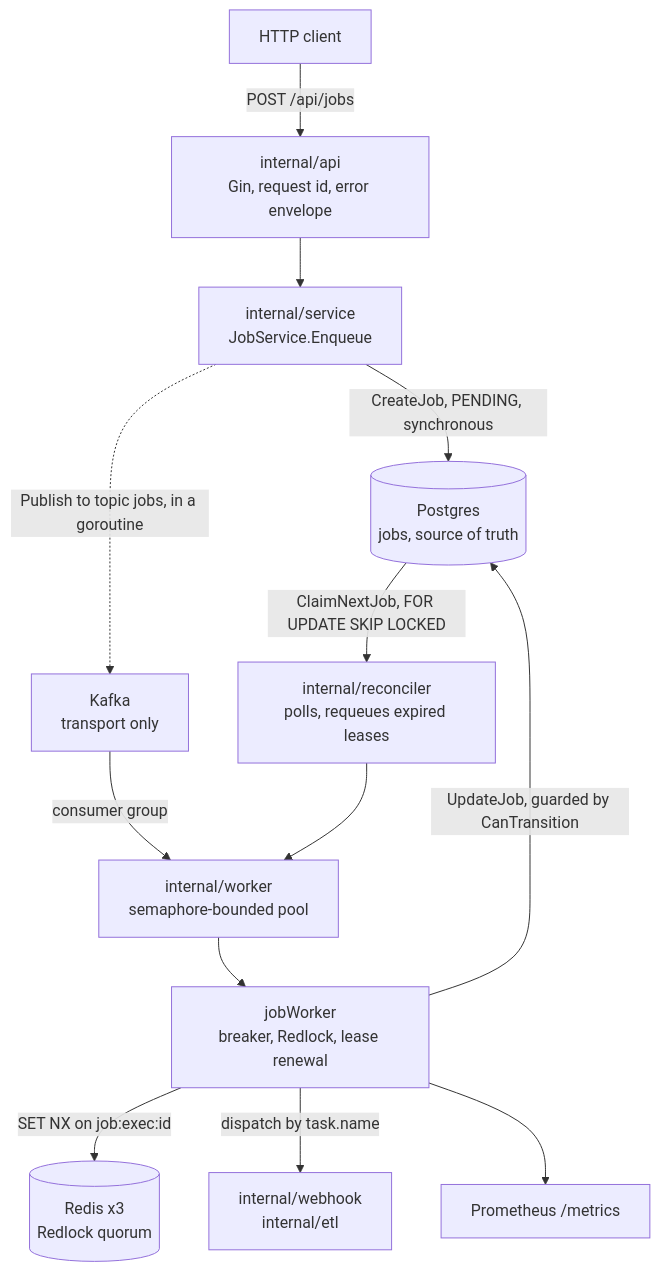
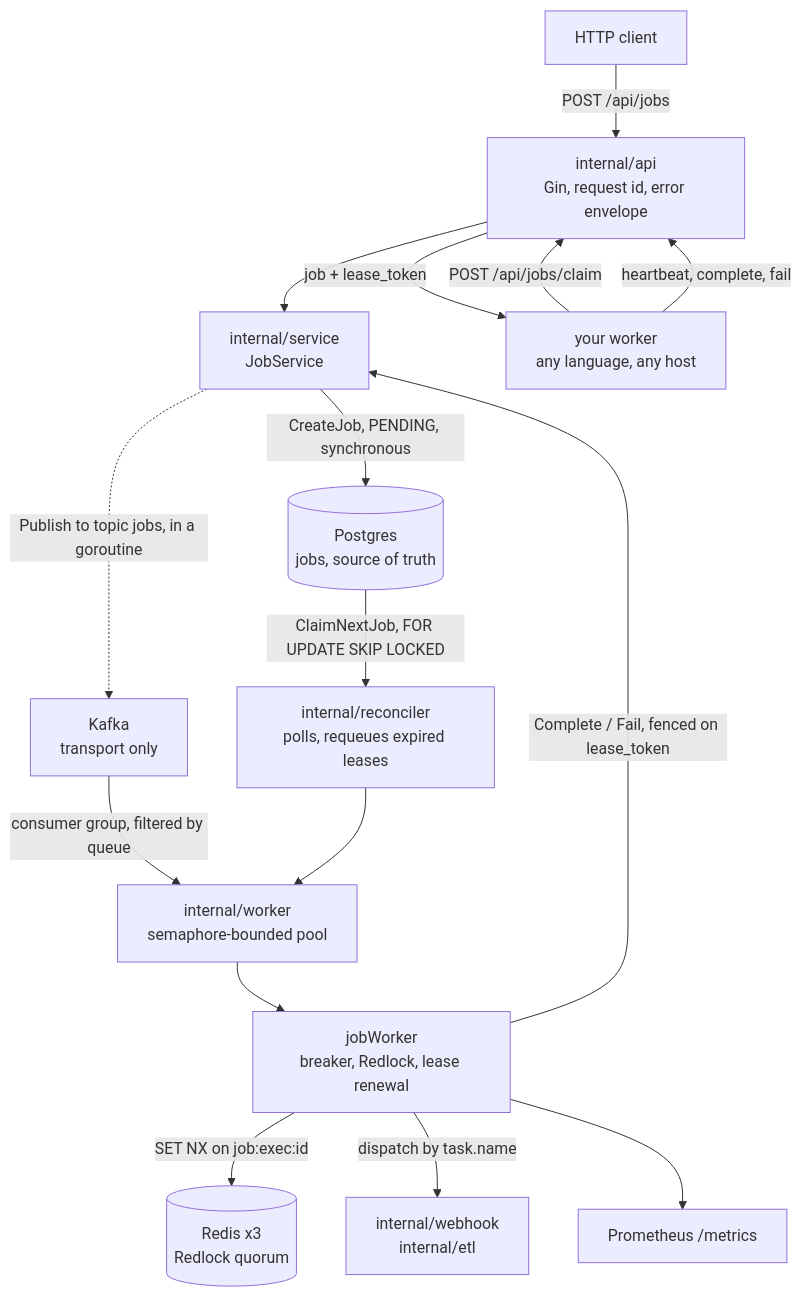
The diagram in README.md (JustinK33/Conduit), drawn with Mermaid before and after one commit. The commit also changed other lines of this file and 8 other files, not shown here.

````diff
--- a/README.md
+++ b/README.md
@@ -28,15 +31,18 @@
 ```mermaid
 flowchart TD
     client["HTTP client"] -->|"POST /api/jobs"| api["internal/api<br/>Gin, request id, error envelope"]
-    api --> svc["internal/service<br/>JobService.Enqueue"]
+    api --> svc["internal/service<br/>JobService"]
     svc -->|"CreateJob, PENDING, synchronous"| pg[("Postgres<br/>jobs, source of truth")]
     svc -.->|"Publish to topic jobs, in a goroutine"| kafka["Kafka<br/>transport only"]
-    kafka -->|"consumer group"| pool["internal/worker<br/>semaphore-bounded pool"]
+    kafka -->|"consumer group, filtered by queue"| pool["internal/worker<br/>semaphore-bounded pool"]
     pg -->|"ClaimNextJob, FOR UPDATE SKIP LOCKED"| recon["internal/reconciler<br/>polls, requeues expired leases"]
     recon --> pool
     pool --> jw["jobWorker<br/>breaker, Redlock, lease renewal"]
     jw -->|"SET NX on job:exec:id"| redis[("Redis x3<br/>Redlock quorum")]
     jw -->|"dispatch by task.name"| handlers["internal/webhook<br/>internal/etl"]
-    jw -->|"UpdateJob, guarded by CanTransition"| pg
+    jw -->|"Complete / Fail, fenced on lease_token"| svc
+    remote["your worker<br/>any language, any host"] -->|"POST /api/jobs/claim"| api
+    api -->|"job + lease_token"| remote
+    remote -->|"heartbeat, complete, fail"| api
     jw --> prom["Prometheus /metrics"]
 ```
````
